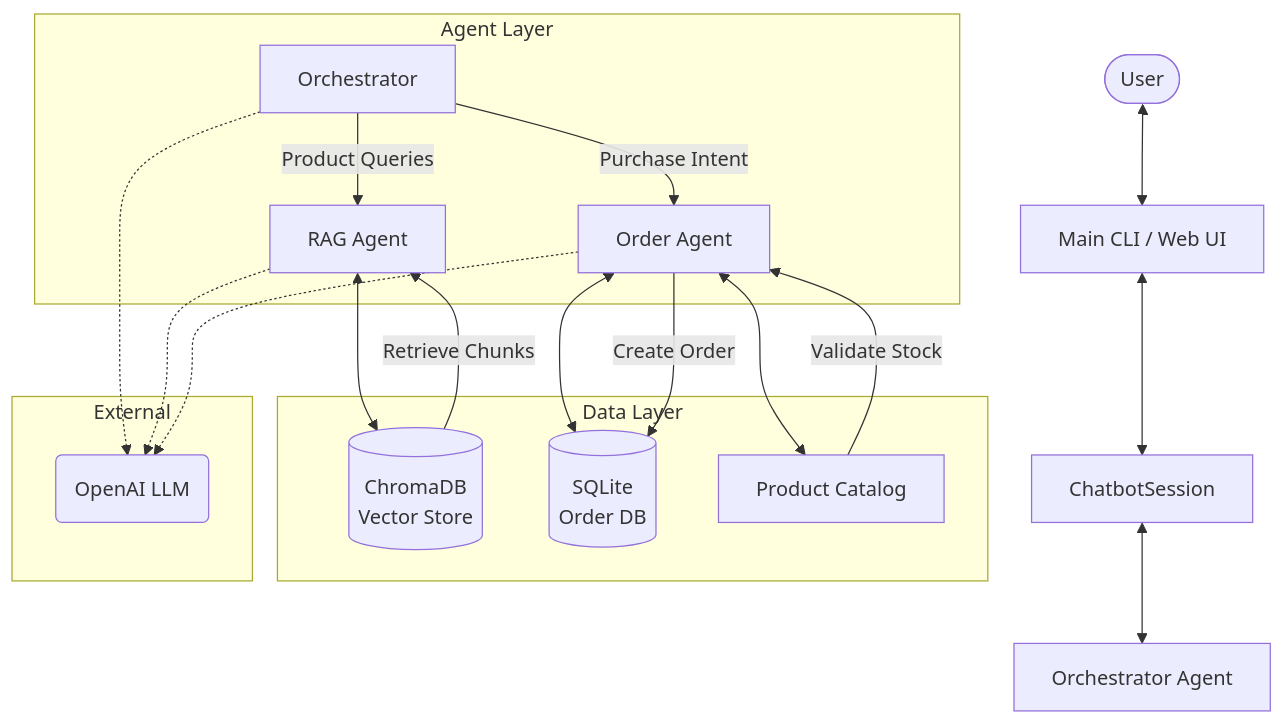
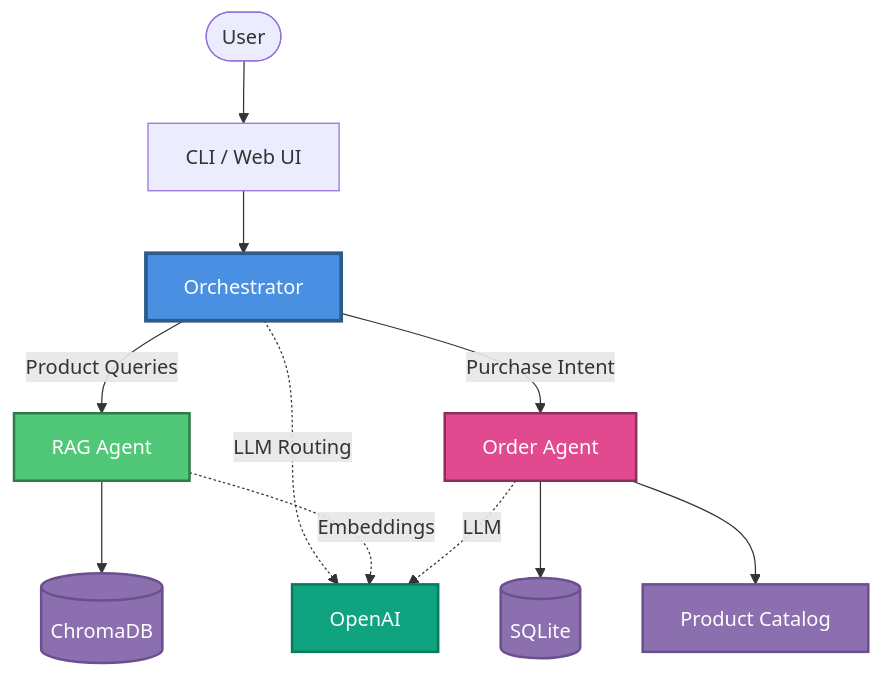
The first of 2 diagrams in docs/architecture.md (thecodingpoet/ecommerce-bot), drawn with Mermaid before and after one commit. The commit also changed other lines of this file and 2 other files, not shown here.

Commit message:
Use enum-based state management in orchestrator

````diff
--- a/docs/architecture.md
+++ b/docs/architecture.md
@@ -17,28 +17,24 @@
 ```mermaid
-graph TD
-    User([User]) <--> CLI[Main CLI / Web UI]
-    CLI <--> Session[ChatbotSession]
-    Session <--> Orch[Orchestrator Agent]
-
-    subgraph "Agent Layer"
-        Orchestrator -- "Product Queries" --> RAG[RAG Agent]
-        Orchestrator -- "Purchase Intent" --> Order[Order Agent]
-    end
-
-    subgraph "Data Layer"
-        RAG <--> VectorDB[(ChromaDB\nVector Store)]
-        Order <--> SQLDB[(SQLite\nOrder DB)]
-        Order <--> Catalog[Product Catalog]
-    end
-
-    subgraph "External"
-        Orchestrator -.-> OpenAI(OpenAI LLM)
-        RAG -.-> OpenAI
-        Order -.-> OpenAI
-    end
-
-    %% Data Flow
-    VectorDB -- "Retrieve Chunks" --> RAG
-    Catalog -- "Validate Stock" --> Order
-    Order -- "Create Order" --> SQLDB
+flowchart TD
+    User([User]) --> CLI[CLI / Web UI]
+    CLI --> Orchestrator[Orchestrator]
+    
+    Orchestrator -->|Product Queries| RAG[RAG Agent]
+    Orchestrator -->|Purchase Intent| Order[Order Agent]
+    
+    RAG --> VectorDB[(ChromaDB)]
+    Order --> SQLDB[(SQLite)]
+    Order --> Catalog[Product Catalog]
+    
+    Orchestrator -.->|LLM Routing| OpenAI[OpenAI]
+    RAG -.->|Embeddings| OpenAI
+    Order -.->|LLM| OpenAI
+    
+    style Orchestrator fill:#4A90E2,stroke:#2E5C8A,stroke-width:3px,color:#fff
+    style RAG fill:#50C878,stroke:#2E7A4A,stroke-width:2px,color:#fff
+    style Order fill:#E24A90,stroke:#8A2E5C,stroke-width:2px,color:#fff
+    style VectorDB fill:#8B6FAE,stroke:#6B4F8E,stroke-width:2px,color:#fff
+    style SQLDB fill:#8B6FAE,stroke:#6B4F8E,stroke-width:2px,color:#fff
+    style Catalog fill:#8B6FAE,stroke:#6B4F8E,stroke-width:2px,color:#fff
+    style OpenAI fill:#10A37F,stroke:#0A7A5F,stroke-width:2px,color:#fff
 ```
````
